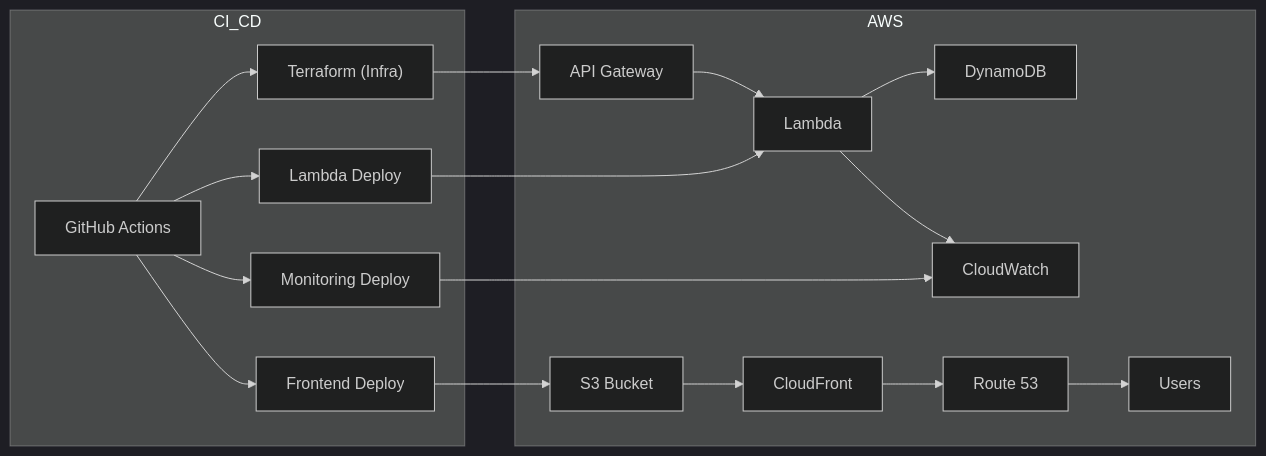
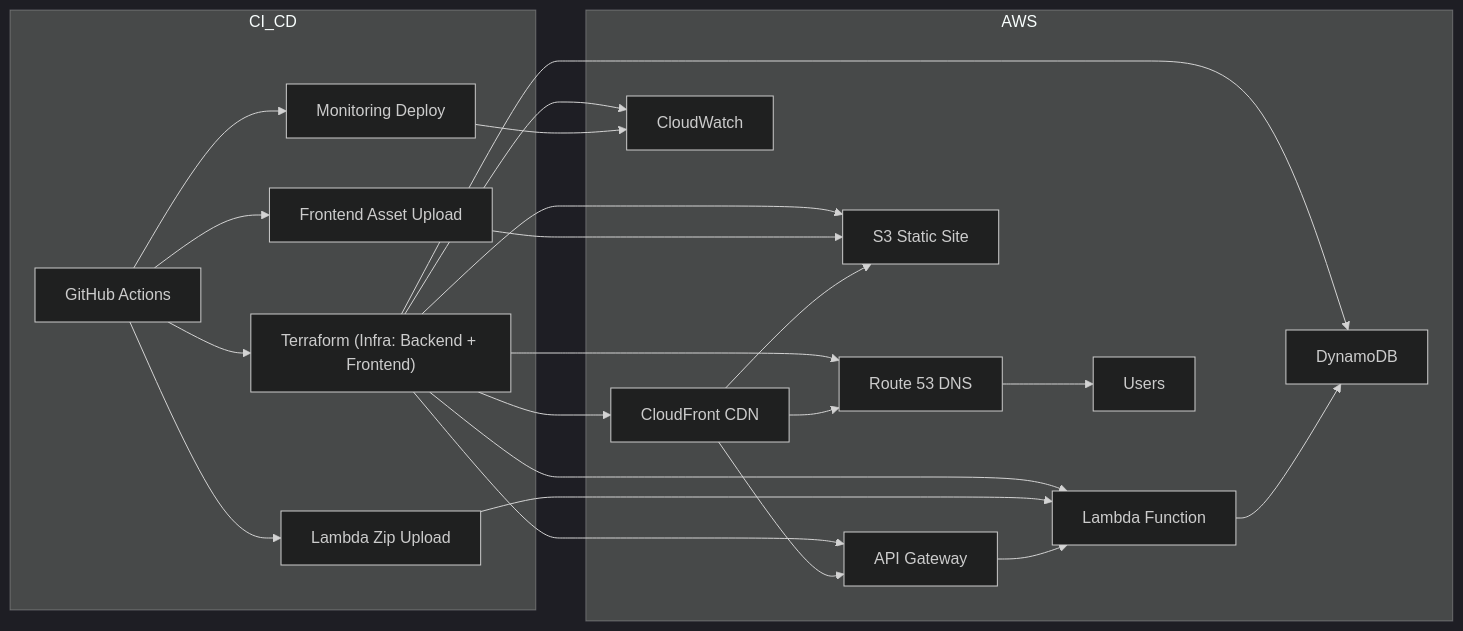
One commit to hybridmulticloud/overview changed the sixth of 6 diagrams in README_9.md. Above: the diagram before and after it, drawn with Mermaid (dark theme).

````diff
--- a/README_9.md
+++ b/README_9.md
@@ -142,24 +142,32 @@
 ```mermaid
 flowchart LR
   GH[GitHub Actions]
 
   subgraph CI_CD
-    GH --> TF["Terraform (Infra)"]
-    GH --> LD["Lambda Deploy"]
-    GH --> FD["Frontend Deploy"]
+    GH --> TF["Terraform (Infra: Backend + Frontend)"]
+    GH --> LD["Lambda Zip Upload"]
+    GH --> FD["Frontend Asset Upload"]
     GH --> MD["Monitoring Deploy"]
   end
 
   subgraph AWS
     TF --> APIGW["API Gateway"]
-    APIGW --> Lambda["Lambda"]
-    Lambda --> DynamoDB["DynamoDB"]
-    Lambda --> CW["CloudWatch"]
+    TF --> Lambda["Lambda Function"]
+    TF --> DynamoDB["DynamoDB"]
+    TF --> S3["S3 Static Site"]
+    TF --> CF["CloudFront CDN"]
+    TF --> Route53["Route 53 DNS"]
+    TF --> CW["CloudWatch"]
+
     LD --> Lambda
+    FD --> S3
     MD --> CW
-    FD --> S3["S3 Bucket"]
-    S3 --> CF["CloudFront"]
-    CF --> Route53["Route 53"]
+
+    CF --> S3
+    CF --> APIGW
+    CF --> Route53
     Route53 --> User["Users"]
+    APIGW --> Lambda
+    Lambda --> DynamoDB
   end
 ```
````
